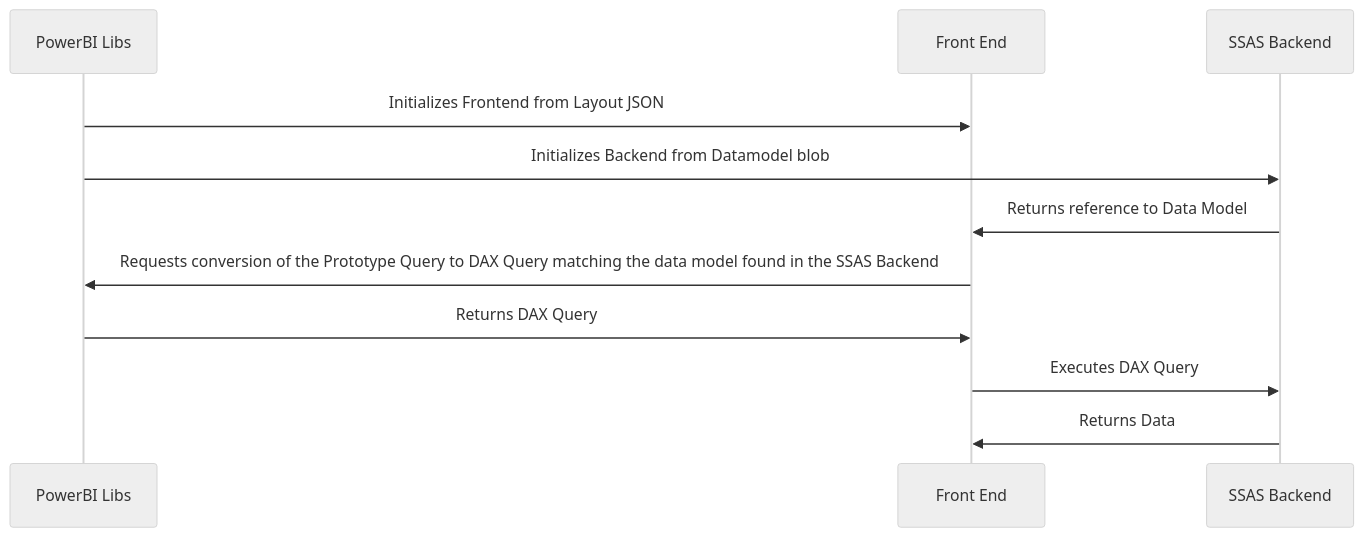
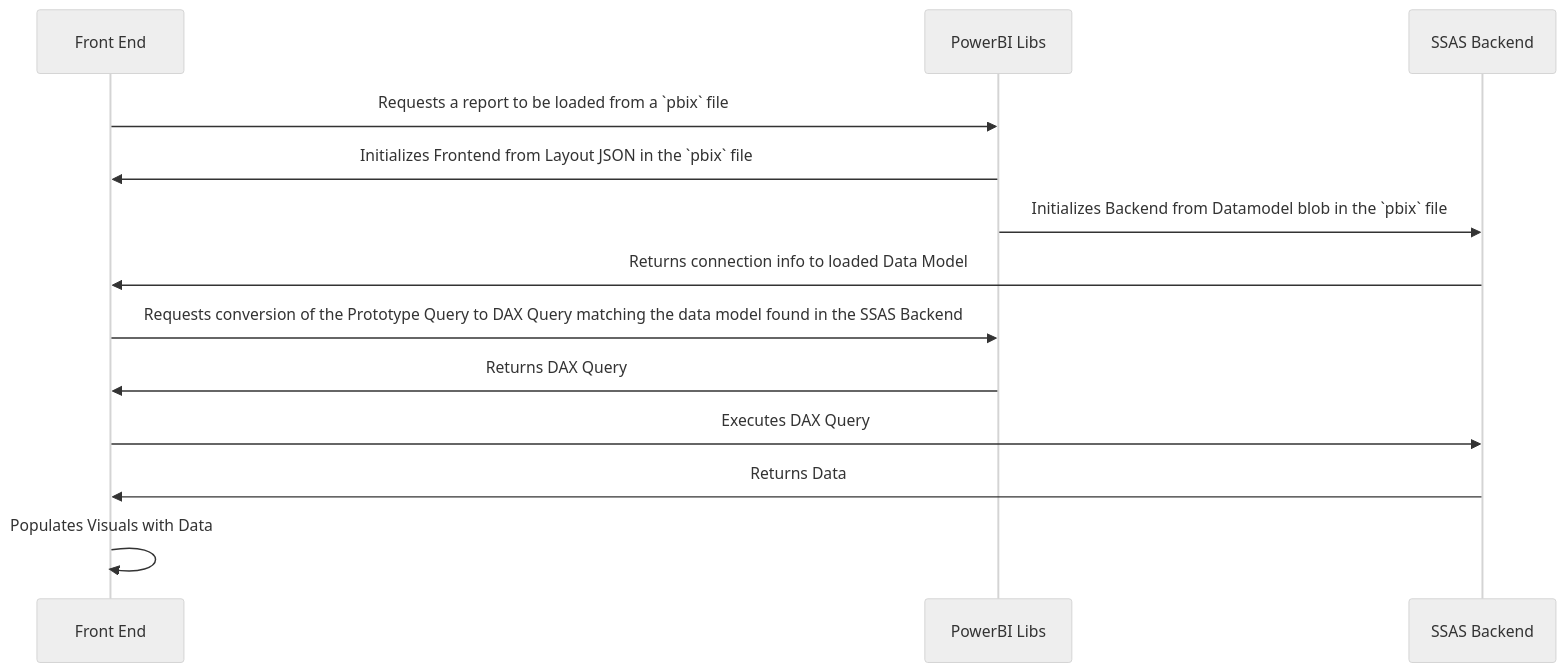
One commit to douglassimonsen/pbi_core changed the second of 2 diagrams in docs/docs/general/ecosystem.md. Above: the diagram before and after it, drawn with Mermaid (neutral theme). The commit also changed other lines of this file, not shown here.

Commit message:
Improved data explanation diagram

````diff
--- a/docs/docs/general/ecosystem.md
+++ b/docs/docs/general/ecosystem.md
@@ -53,10 +57,12 @@
 ```mermaid
 sequenceDiagram
-    PowerBI Libs->> Front End: Initializes Frontend from Layout JSON
-    PowerBI Libs->> SSAS Backend: Initializes Backend from Datamodel blob
-    SSAS Backend->> Front End: Returns reference to Data Model
+    Front End->> PowerBI Libs: Requests a report to be loaded from a `pbix` file
+    PowerBI Libs->> Front End: Initializes Frontend from Layout JSON in the `pbix` file
+    PowerBI Libs->> SSAS Backend: Initializes Backend from Datamodel blob in the `pbix` file
+    SSAS Backend->> Front End: Returns connection info to loaded Data Model
     Front End->> PowerBI Libs: Requests conversion of the Prototype Query to DAX Query matching the data model found in the SSAS Backend
     PowerBI Libs->> Front End: Returns DAX Query
     Front End->> SSAS Backend: Executes DAX Query
     SSAS Backend->> Front End: Returns Data
+    Front End->> Front End: Populates Visuals with Data
 ```
````
